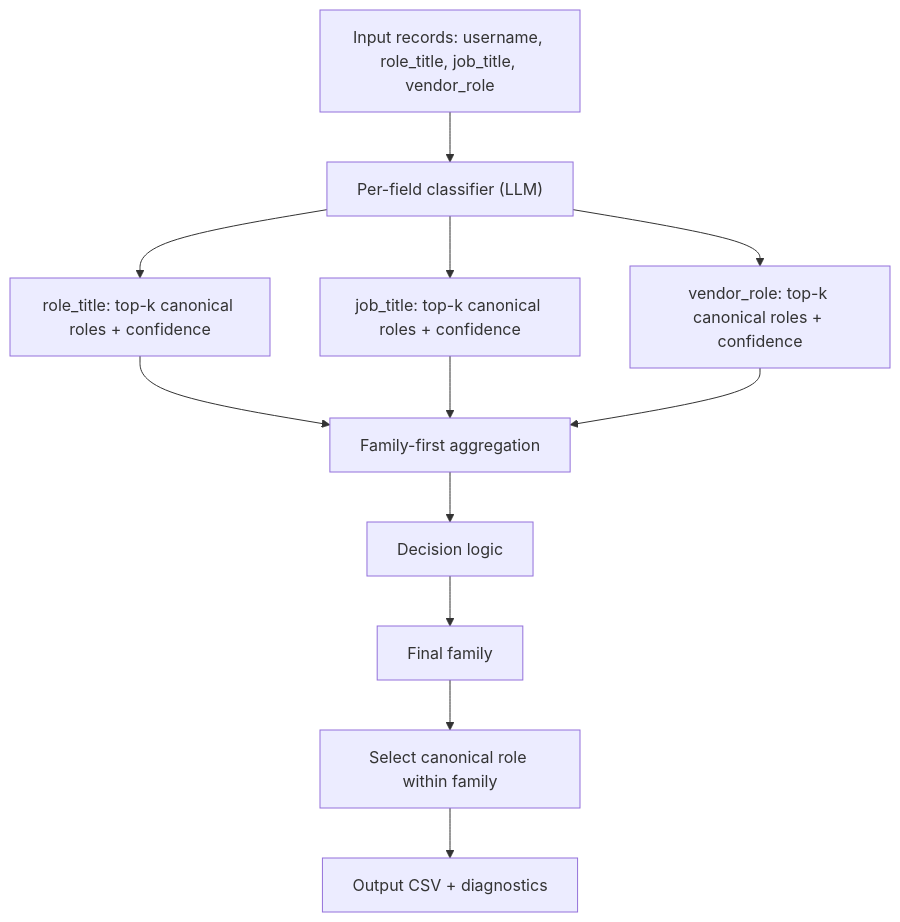
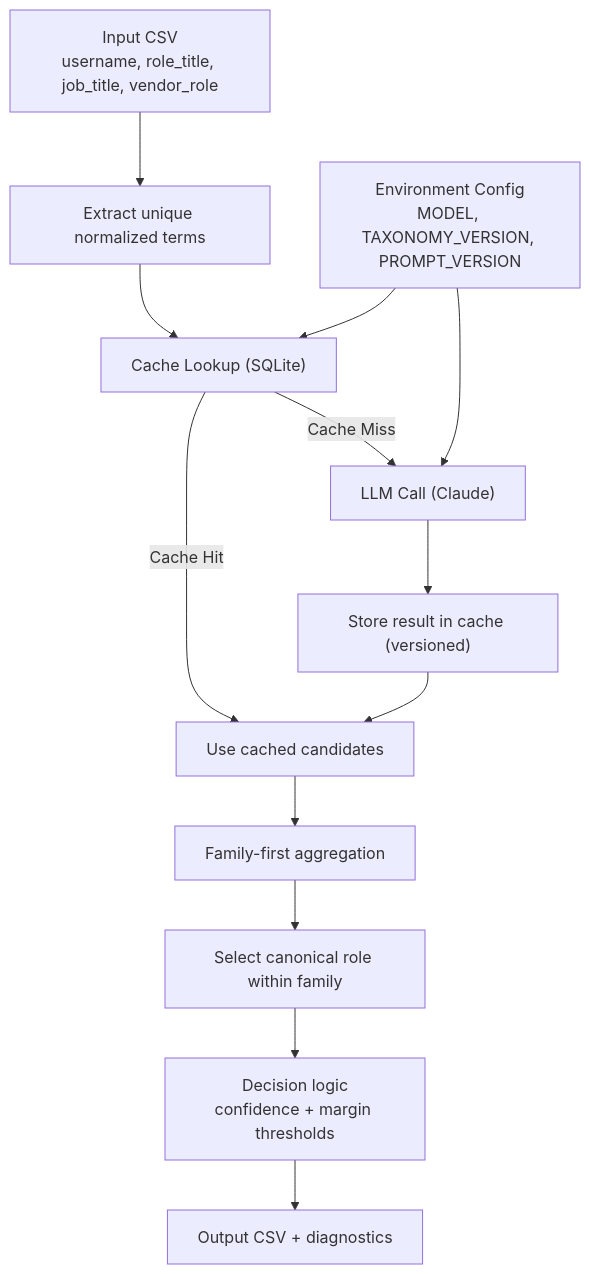
The diagram in README.md (rbaxabr/role-taxonomy-ensemble), drawn with Mermaid before and after one commit. The commit also changed other lines of this file and 1 other file, not shown here.

Commit message:
Update README diagram, ignore runtime files, and config updates to python files

````diff
--- a/README.md
+++ b/README.md
@@ -17,17 +41,20 @@
 ```mermaid
 flowchart TD
-  A["Input records: username, role_title, job_title, vendor_role"] --> B["Per-field classifier (LLM)"]
+  A["Input CSV<br/>username, role_title, job_title, vendor_role"] --> B["Extract unique normalized terms"]
 
-  B --> C1["role_title: top-k canonical roles + confidence"]
-  B --> C2["job_title: top-k canonical roles + confidence"]
-  B --> C3["vendor_role: top-k canonical roles + confidence"]
+  B --> C["Cache Lookup (SQLite)"]
+  C -->|Cache Hit| D["Use cached candidates"]
+  C -->|Cache Miss| E["LLM Call (Claude)"]
 
-  C1 --> D["Family-first aggregation"]
-  C2 --> D
-  C3 --> D
+  E --> F["Store result in cache (versioned)"]
+  F --> D
 
-  D --> E["Decision logic"]
-  E --> F["Final family"]
-  F --> G["Select canonical role within family"]
-  G --> H["Output CSV + diagnostics"]
+  D --> G["Family-first aggregation"]
+  G --> H["Select canonical role within family"]
+
+  H --> I["Decision logic<br/>confidence + margin thresholds"]
+  I --> J["Output CSV + diagnostics"]
+
+  K["Environment Config<br/>MODEL, TAXONOMY_VERSION, PROMPT_VERSION"] --> E
+  K --> C
 ```
````
